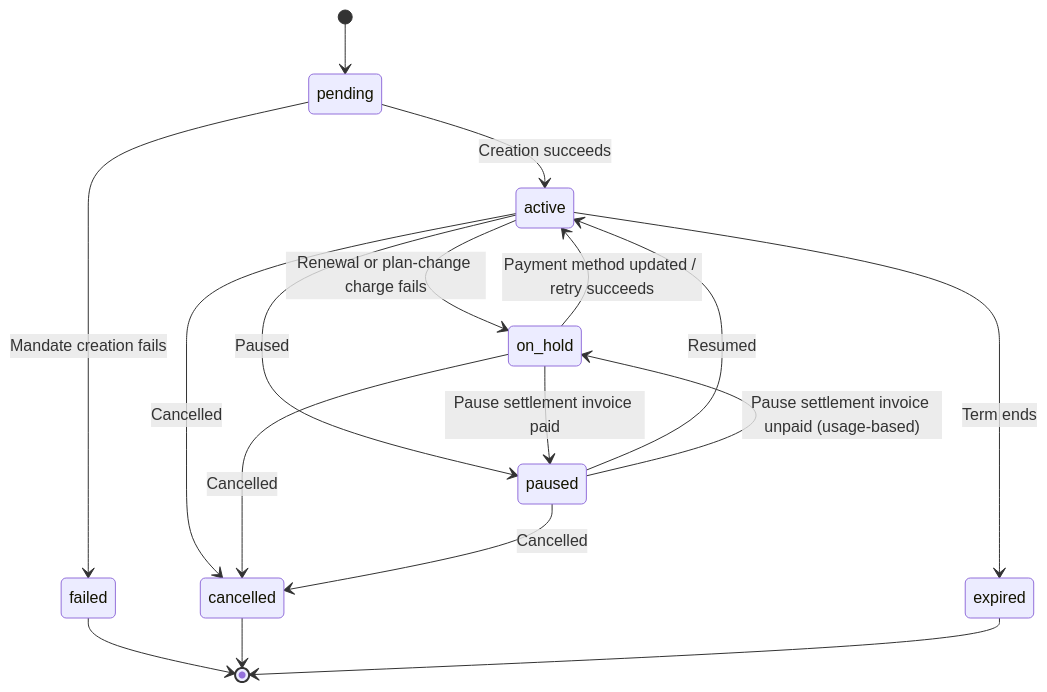
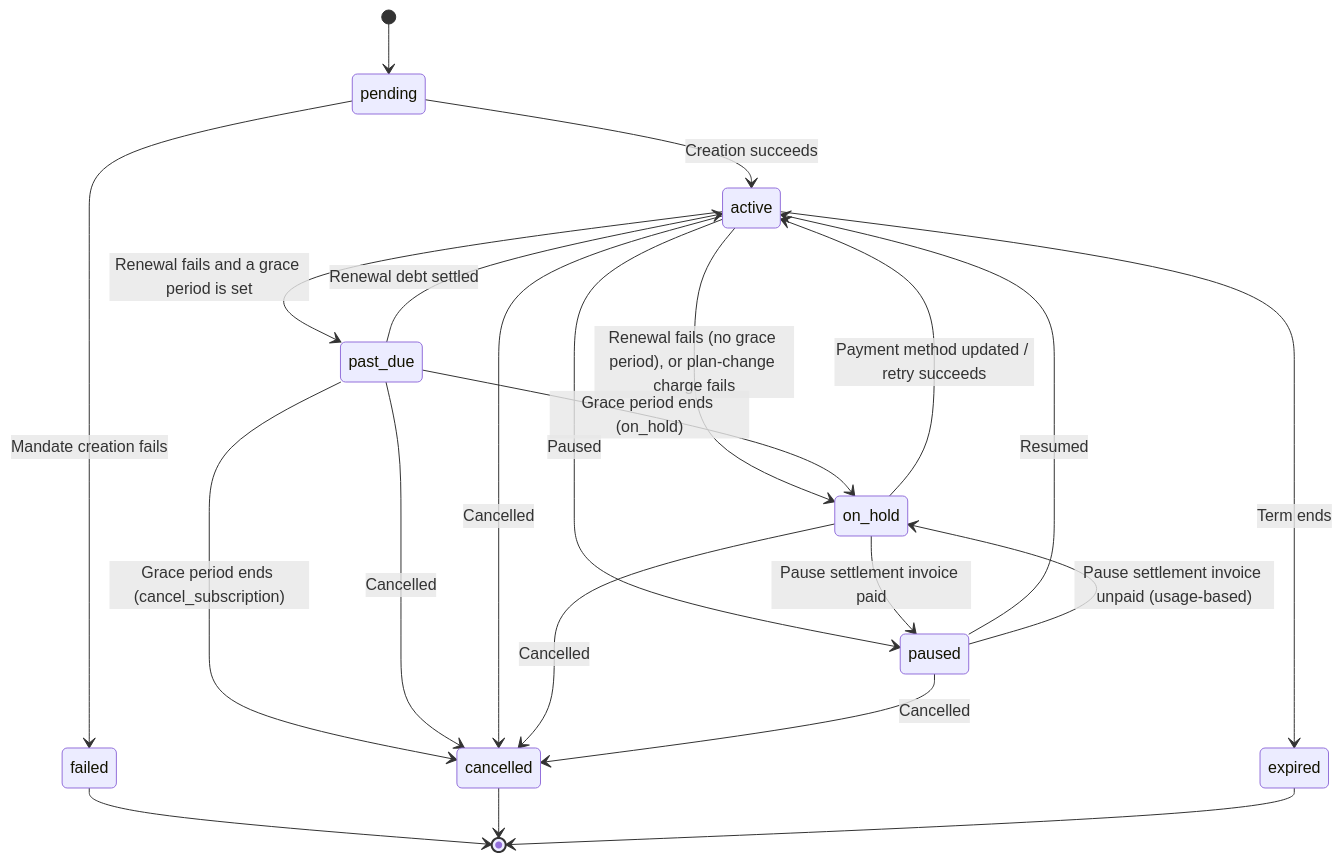
Before and after one commit to dodopayments/dodo-docs: the third of 3 diagrams in features/subscription.mdx, drawn with Mermaid. The commit also changed other lines of this file and 9 other files, not shown here.

First line of the commit message:
docs(subscriptions): document the subscription grace period (#508)

````diff
--- a/features/subscription.mdx
+++ b/features/subscription.mdx
@@ -534,19 +539,24 @@
 ```mermaid
 stateDiagram-v2
     [*] --> pending
     pending --> active: Creation succeeds
     pending --> failed: Mandate creation fails
-    active --> on_hold: Renewal or plan-change charge fails
+    active --> on_hold: Renewal fails (no grace period), or plan-change charge fails
+    active --> past_due: Renewal fails and a grace period is set
+    past_due --> active: Renewal debt settled
+    past_due --> on_hold: Grace period ends (on_hold)
+    past_due --> cancelled: Grace period ends (cancel_subscription)
+    past_due --> cancelled: Cancelled
     on_hold --> active: Payment method updated / retry succeeds
     active --> paused: Paused
     paused --> active: Resumed
     paused --> on_hold: Pause settlement invoice unpaid (usage-based)
     on_hold --> paused: Pause settlement invoice paid
     active --> cancelled: Cancelled
     on_hold --> cancelled: Cancelled
     paused --> cancelled: Cancelled
     active --> expired: Term ends
     failed --> [*]
     cancelled --> [*]
     expired --> [*]
 ```
````
